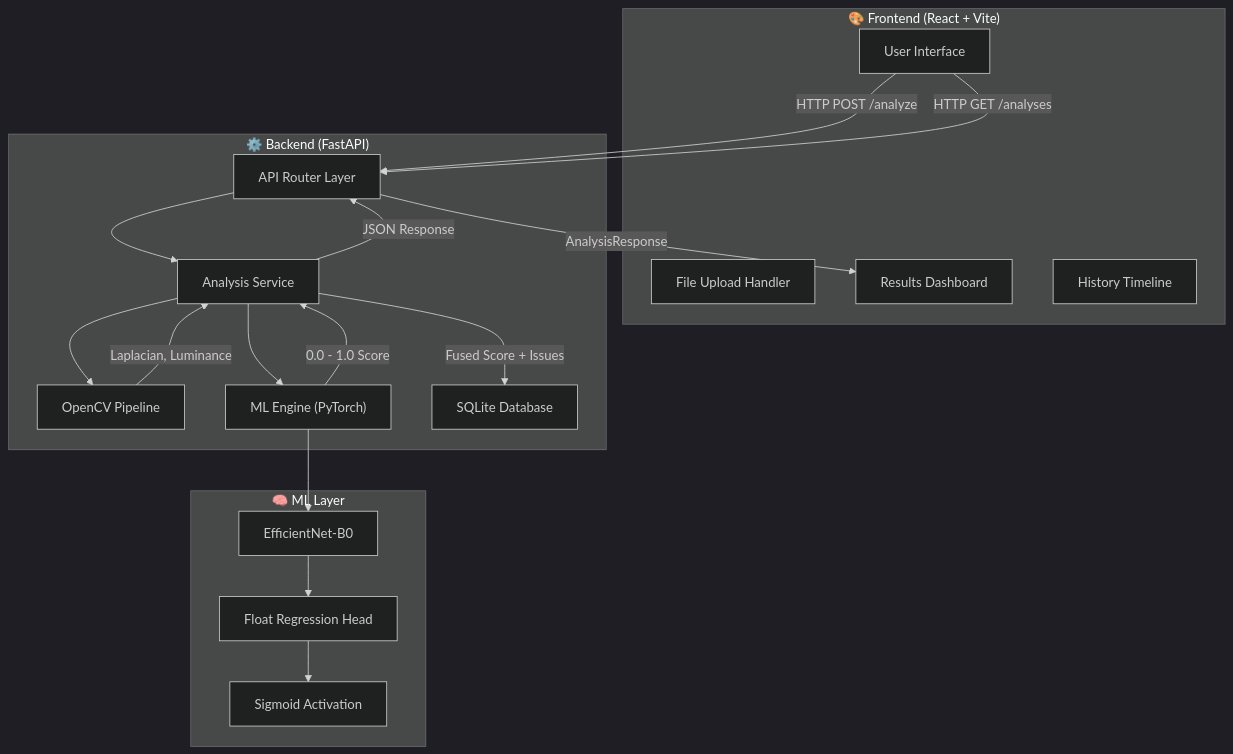
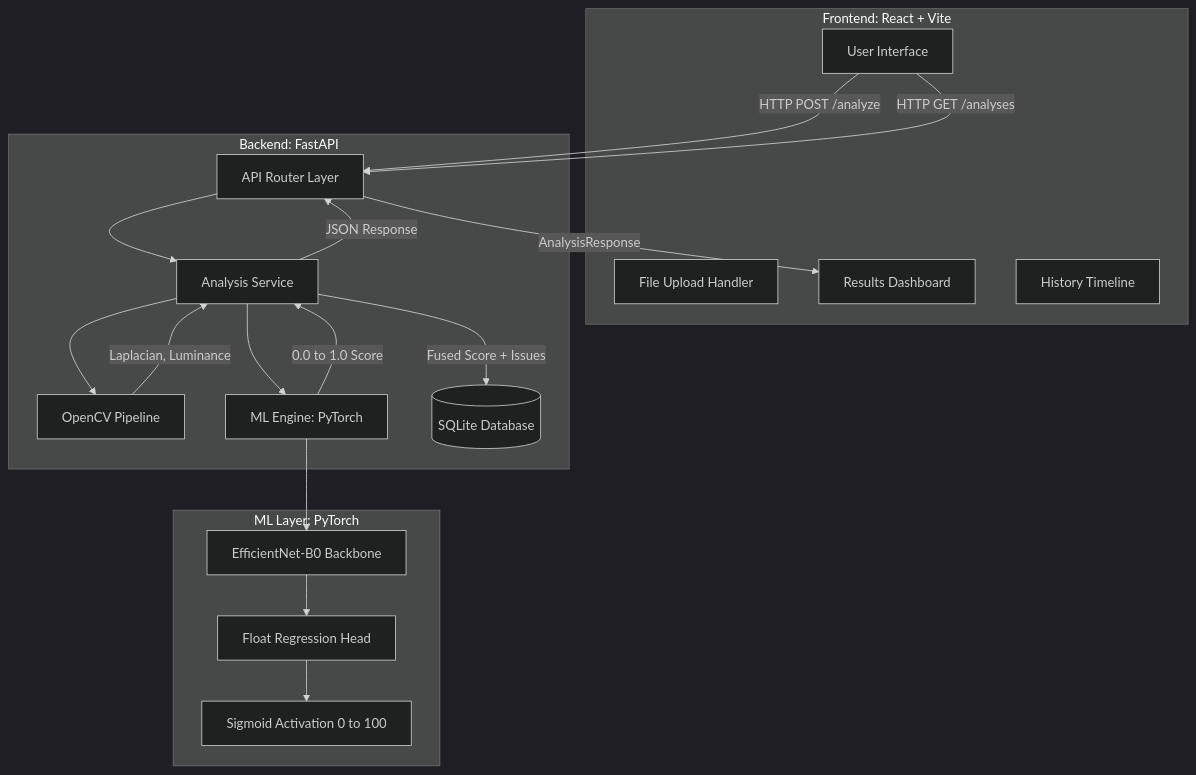
One commit to ANSHPG/VisiMetric changed the diagram in README.md. Above: the diagram before and after it, drawn with Mermaid (dark theme).

Commit message:
fix(docs): resolve GitHub Mermaid diagram rendering error
- Swapped deprecated 'graph TB' for GitHub-standard 'flowchart TD'
- Fixed subgraph node identifiers and unescaped quote syntax
- Removed quotes from edge labels to ensure standard Mermaid parser compatibility

````diff
--- a/README.md
+++ b/README.md
@@ -188,38 +188,38 @@
 ```mermaid
-graph TB
-    subgraph Frontend["🎨 Frontend (React + Vite)"]
-        UI["User Interface"]
-        Upload["File Upload Handler"]
-        Results["Results Dashboard"]
-        History["History Timeline"]
+flowchart TD
+    subgraph FE[Frontend: React + Vite]
+        UI[User Interface]
+        Upload[File Upload Handler]
+        Results[Results Dashboard]
+        History[History Timeline]
     end
 
-    subgraph Backend["⚙️ Backend (FastAPI)"]
-        Router["API Router Layer"]
-        Service["Analysis Service"]
-        CV["OpenCV Pipeline"]
-        ML["ML Engine (PyTorch)"]
-        DB["SQLite Database"]
+    subgraph BE[Backend: FastAPI]
+        Router[API Router Layer]
+        Service[Analysis Service]
+        CV[OpenCV Pipeline]
+        ML[ML Engine: PyTorch]
+        DB[(SQLite Database)]
     end
 
-    subgraph ML_Layer["🧠 ML Layer"]
-        Model["EfficientNet-B0"]
-        Sigmoid["Sigmoid Activation"]
-        Regression["Float Regression Head"]
+    subgraph MLL[ML Layer: PyTorch]
+        Model[EfficientNet-B0 Backbone]
+        Regression[Float Regression Head]
+        Sigmoid[Sigmoid Activation 0 to 100]
     end
 
-    UI -->|"HTTP POST /analyze"| Router
-    UI -->|"HTTP GET /analyses"| Router
+    UI -->|HTTP POST /analyze| Router
+    UI -->|HTTP GET /analyses| Router
     Router --> Service
     Service --> CV
     Service --> ML
-    CV -->|"Laplacian, Luminance"| Service
-    ML -->|"0.0 - 1.0 Score"| Service
-    Service -->|"Fused Score + Issues"| DB
-    Service -->|"JSON Response"| Router
-    Router -->|"AnalysisResponse"| Results
+    CV -->|Laplacian, Luminance| Service
+    ML -->|0.0 to 1.0 Score| Service
+    Service -->|Fused Score + Issues| DB
+    Service -->|JSON Response| Router
+    Router -->|AnalysisResponse| Results
 
     ML --> Model
     Model --> Regression
     Regression --> Sigmoid
 ```
````
